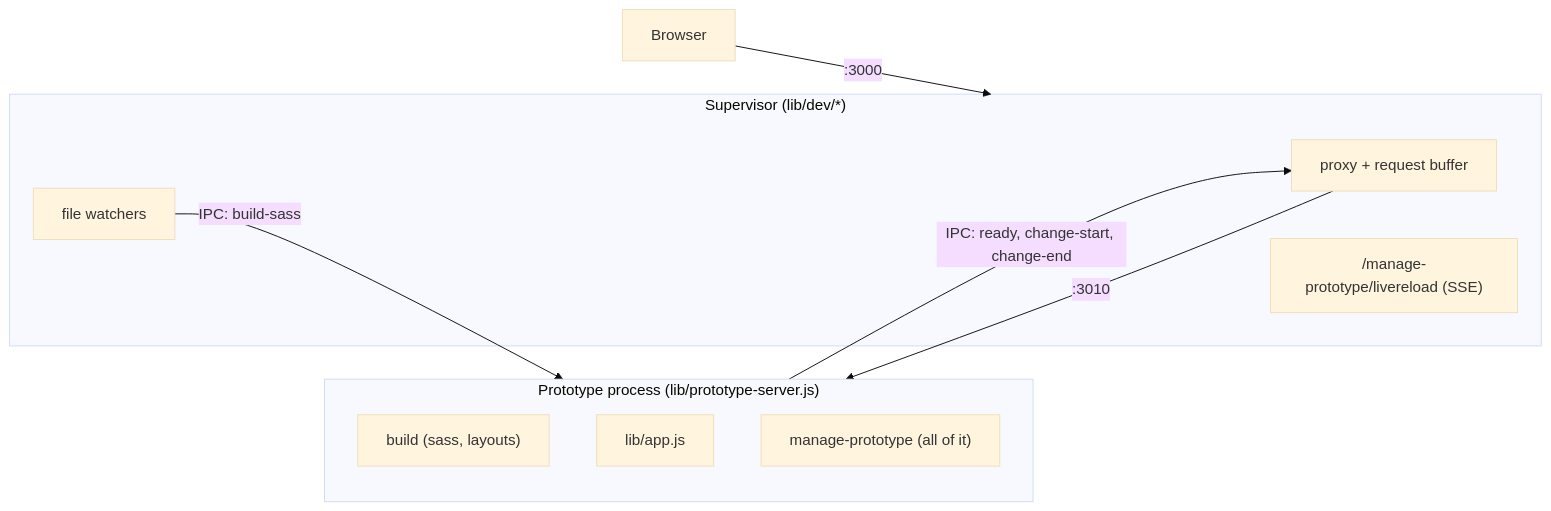
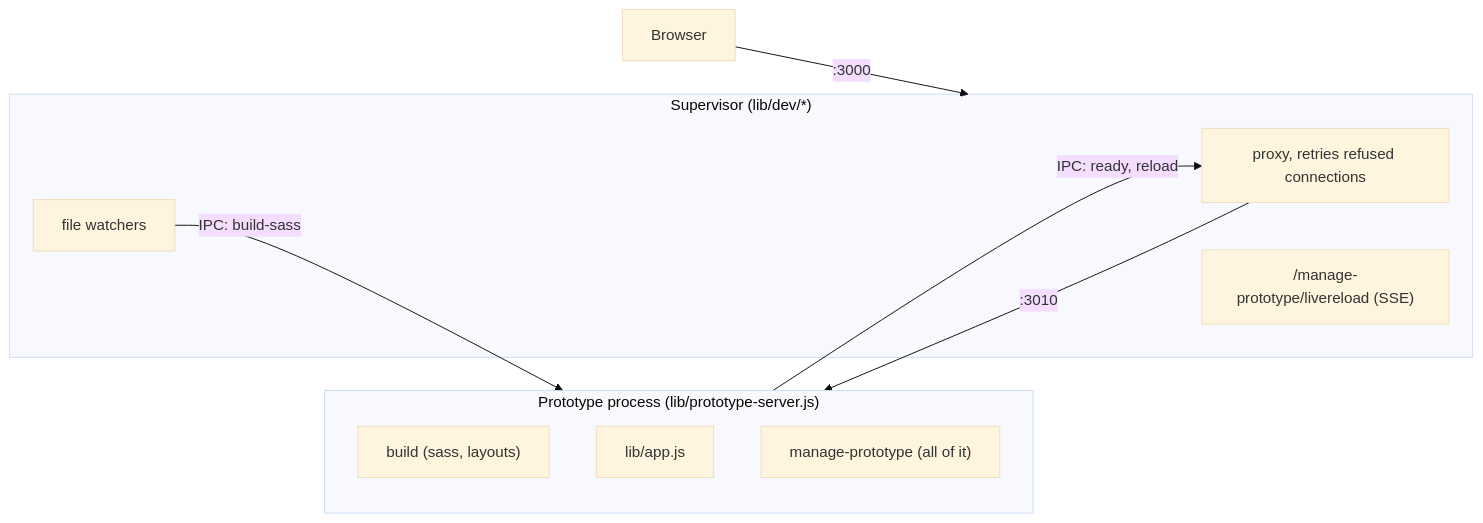
Before and after one commit to joelanman/protato: the diagram in docs/small-supervisor-plan.md, drawn with Mermaid (base theme). The commit also changed other lines of this file and 12 other files, not shown here.

````diff
--- a/docs/small-supervisor-plan.md
+++ b/docs/small-supervisor-plan.md
@@ -37,17 +37,17 @@
 ```mermaid
 flowchart LR
   Browser -->|":3000"| Supervisor
   subgraph Supervisor["Supervisor (lib/dev/*)"]
-    Proxy["proxy + request buffer"]
+    Proxy["proxy, retries refused connections"]
     LR["/manage-prototype/livereload (SSE)"]
     Watch["file watchers"]
   end
   Proxy -->|":3010"| Child
   subgraph Child["Prototype process (lib/prototype-server.js)"]
     Build["build (sass, layouts)"]
     App["lib/app.js"]
     Manage["manage-prototype (all of it)"]
   end
   Watch -->|"IPC: build-sass"| Child
-  Child -->|"IPC: ready, change-start, change-end"| Proxy
+  Child -->|"IPC: ready, reload"| Proxy
 ```
````
